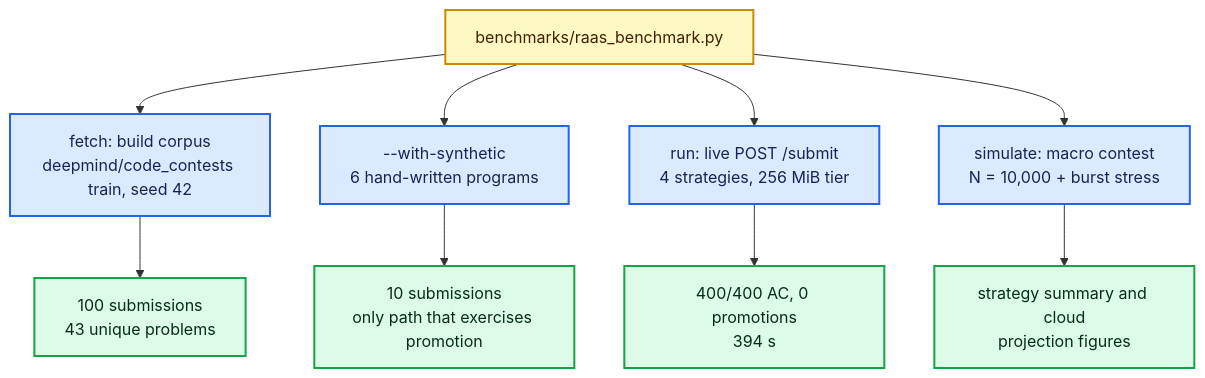
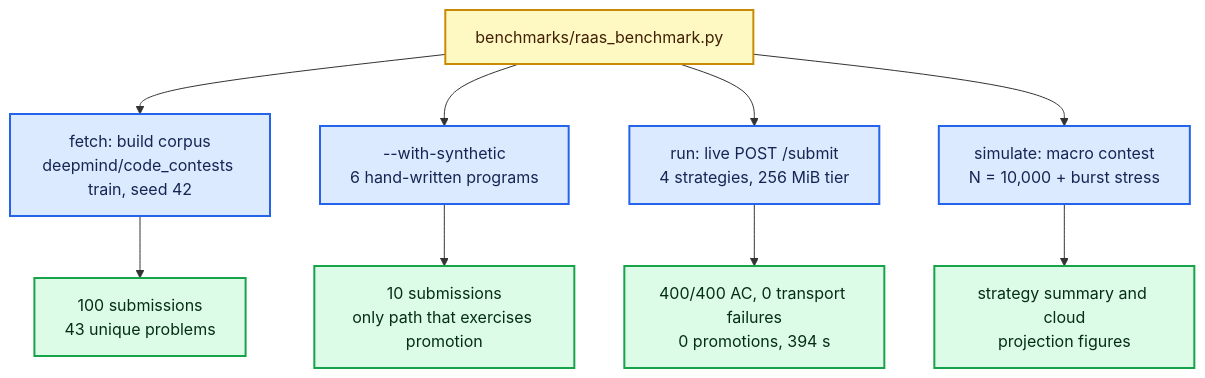
The diagram in docs/BENCHMARK_SUITE.md (Dhanush-M-1/RAAS-OCJS-1), drawn with Mermaid before and after one commit. The commit also changed other lines of this file and 8 other files, not shown here.

````diff
--- a/docs/BENCHMARK_SUITE.md
+++ b/docs/BENCHMARK_SUITE.md
@@ -17,18 +17,18 @@
 ```mermaid
 flowchart TD
     S["benchmarks/raas_benchmark.py"]:::start
 
     S --> C["fetch: build corpus<br/>deepmind/code_contests train, seed 42"]:::step
     S --> Y["--with-synthetic<br/>6 hand-written programs"]:::step
     S --> R["run: live POST /submit<br/>4 strategies, 256 MiB tier"]:::step
     S --> M["simulate: macro contest<br/>N = 10,000 + burst stress"]:::step
 
     C --> A["100 submissions<br/>43 unique problems"]:::result
     Y --> B["10 submissions<br/>only path that exercises promotion"]:::result
-    R --> D["400/400 AC, 0 promotions<br/>394 s"]:::result
+    R --> D["400/400 AC, 0 transport failures<br/>0 promotions, 394 s"]:::result
     M --> E["strategy summary and cloud<br/>projection figures"]:::result
 
     classDef step fill:#dbeafe,stroke:#2563eb,stroke-width:2px,color:#172554
     classDef result fill:#dcfce7,stroke:#16a34a,stroke-width:2px,color:#052e16
     classDef start fill:#fef9c3,stroke:#ca8a04,stroke-width:2px,color:#422006
 ```
````
